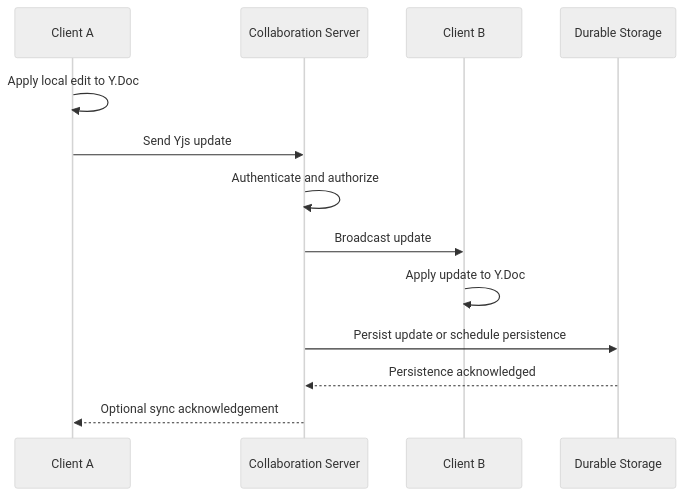
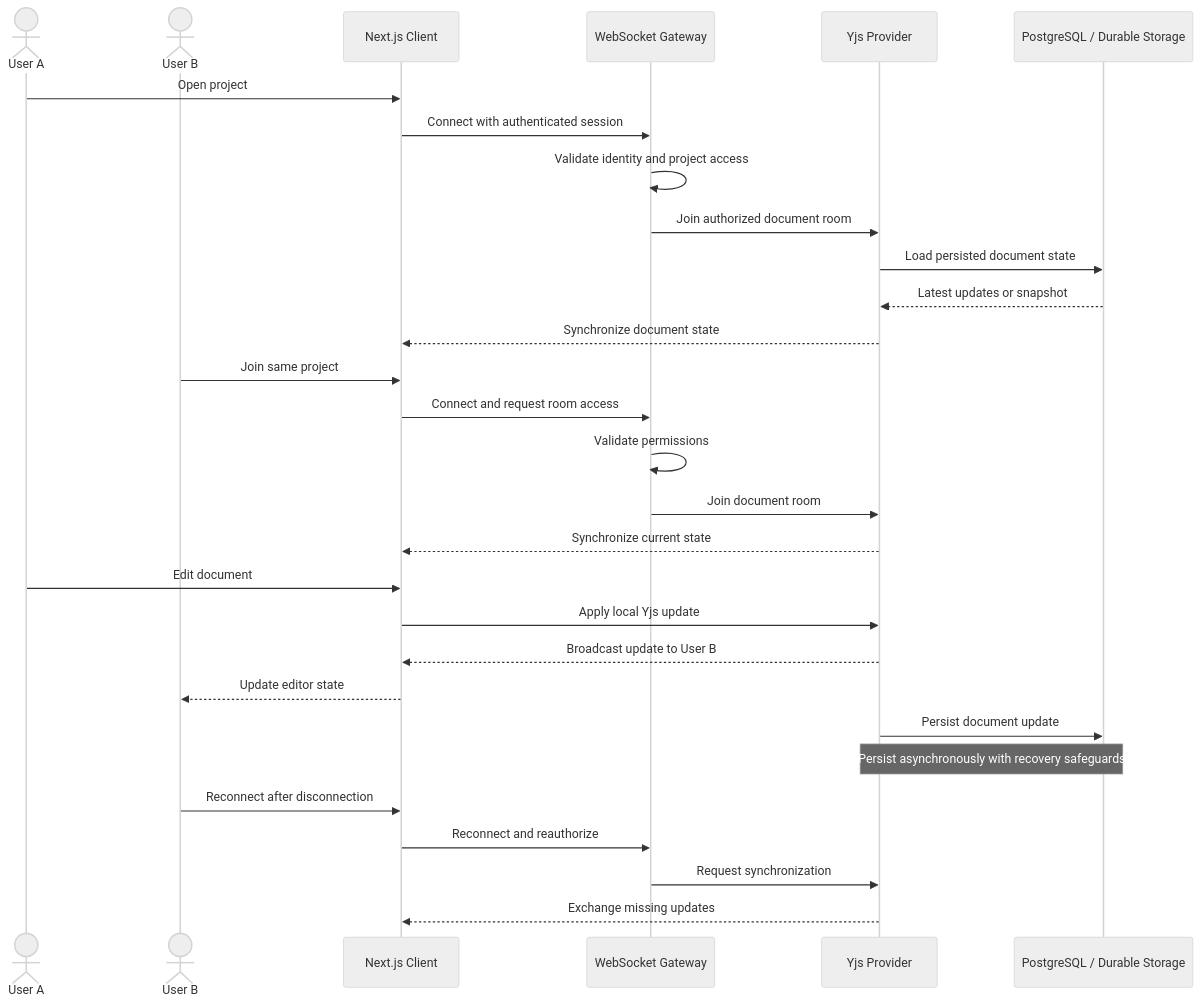
One commit to alokprasad573/Real-Time-Collaborative-Code-Editor changed the third of 8 diagrams in SYSTEM_ARCHITECTURE.md. Above: the diagram before and after it, drawn with Mermaid (neutral theme). The commit also changed other lines of this file, not shown here.

First line of the commit message:
Revise SYSTEM_ARCHITECTURE.md for version 2.0

````diff
--- a/SYSTEM_ARCHITECTURE.md
+++ b/SYSTEM_ARCHITECTURE.md
@@ -176,16 +371,36 @@
 ```mermaid
 sequenceDiagram
-    participant A as Client A
-    participant WS as Collaboration Server
-    participant B as Client B
-    participant DB as Durable Storage
+    actor A as User A
+    actor B as User B
+    participant FE as Next.js Client
+    participant WS as WebSocket Gateway
+    participant Y as Yjs Provider
+    participant DB as PostgreSQL / Durable Storage
 
-    A->>A: Apply local edit to Y.Doc
-    A->>WS: Send Yjs update
-    WS->>WS: Authenticate and authorize
-    WS->>B: Broadcast update
-    B->>B: Apply update to Y.Doc
-    WS->>DB: Persist update or schedule persistence
-    DB-->>WS: Persistence acknowledged
-    WS-->>A: Optional sync acknowledgement
+    A->>FE: Open project
+    FE->>WS: Connect with authenticated session
+    WS->>WS: Validate identity and project access
+    WS->>Y: Join authorized document room
+    Y->>DB: Load persisted document state
+    DB-->>Y: Latest updates or snapshot
+    Y-->>FE: Synchronize document state
+
+    B->>FE: Join same project
+    FE->>WS: Connect and request room access
+    WS->>WS: Validate permissions
+    WS->>Y: Join document room
+    Y-->>FE: Synchronize current state
+
+    A->>FE: Edit document
+    FE->>Y: Apply local Yjs update
+    Y-->>FE: Broadcast update to User B
+    FE-->>B: Update editor state
+
+    Y->>DB: Persist document update
+    Note over Y,DB: Persist asynchronously with recovery safeguards
+
+    B->>FE: Reconnect after disconnection
+    FE->>WS: Reconnect and reauthorize
+    WS->>Y: Request synchronization
+    Y-->>FE: Exchange missing updates
 ```
````
